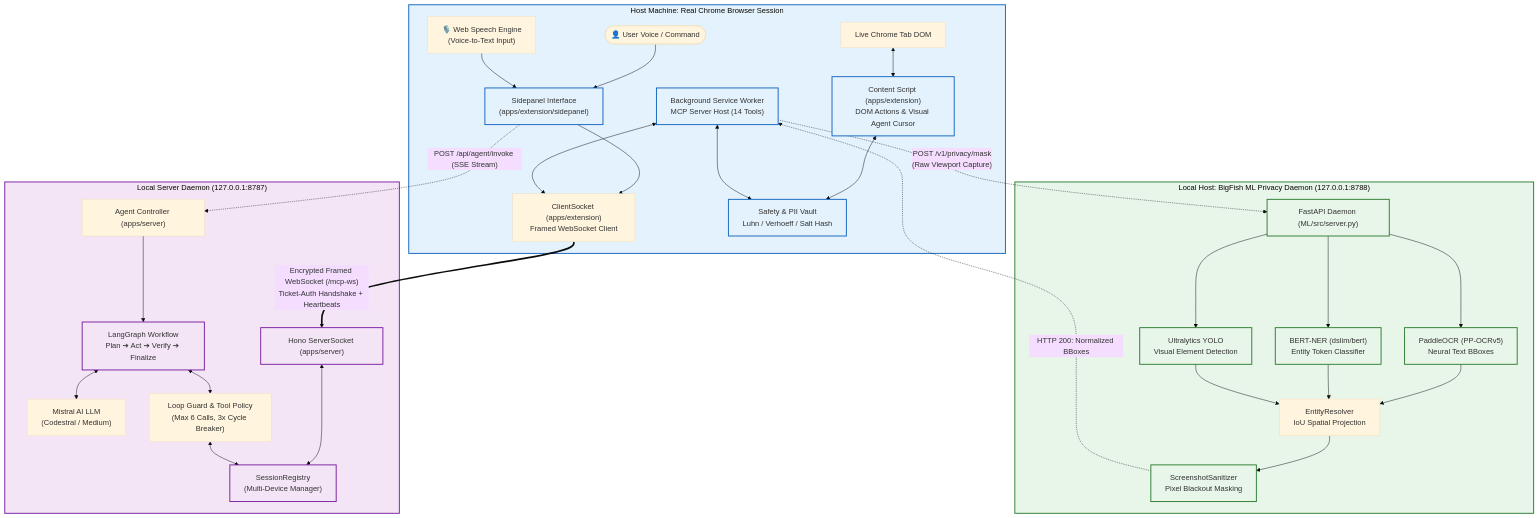
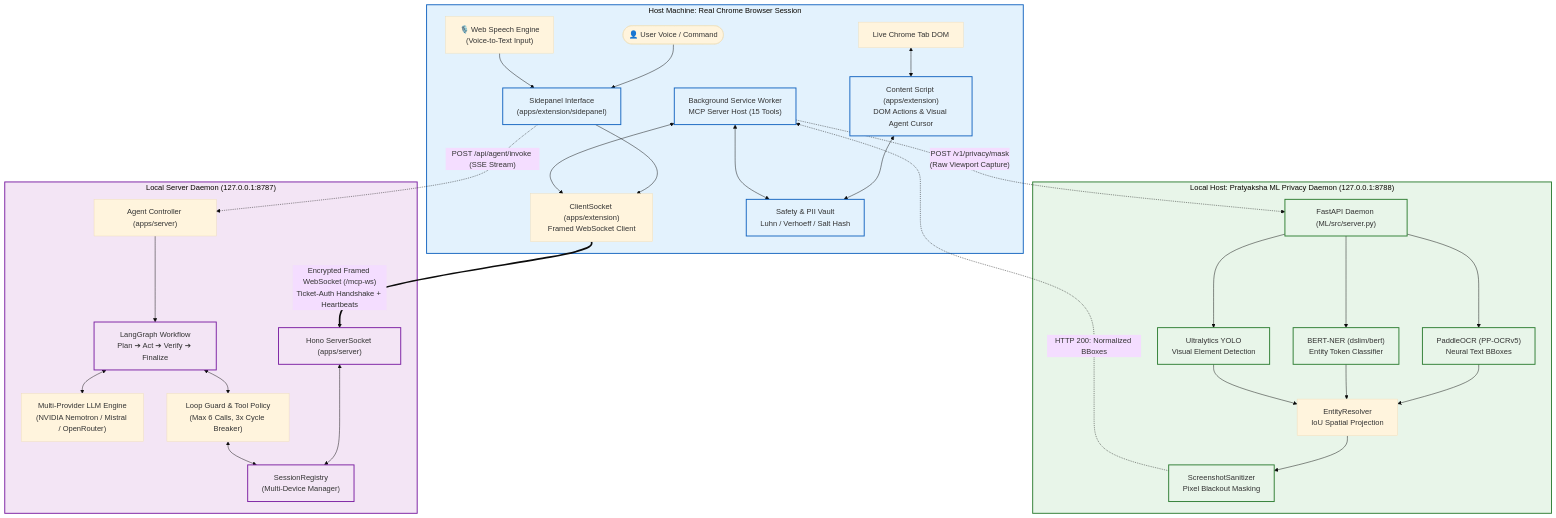
Before and after one commit to Sahil-coder-30/Pratyaksha: the diagram in README.md, drawn with Mermaid (base theme). The commit also changed other lines of this file, not shown here.

````diff
--- a/README.md
+++ b/README.md
@@ -132,43 +132,43 @@
 ```mermaid
 flowchart TD
     subgraph Client["Host Machine: Real Chrome Browser Session"]
         User(["👤 User Voice / Command"]) --> UI["Sidepanel Interface<br/>(apps/extension/sidepanel)"]
         Voice["🎙️ Web Speech Engine<br/>(Voice-to-Text Input)"] --> UI
         UI --> ClientWS["ClientSocket (apps/extension)<br/>Framed WebSocket Client"]
         
         DOM["Live Chrome Tab DOM"] <--> ContentScript["Content Script (apps/extension)<br/>DOM Actions & Visual Agent Cursor"]
         ContentScript <--> SafetyEngine["Safety & PII Vault<br/>Luhn / Verhoeff / Salt Hash"]
         
-        BackgroundWorker["Background Service Worker<br/>MCP Server Host (14 Tools)"] <--> SafetyEngine
+        BackgroundWorker["Background Service Worker<br/>MCP Server Host (15 Tools)"] <--> SafetyEngine
         BackgroundWorker <--> ClientWS
     end
 
-    subgraph ML_Daemon["Local Host: BigFish ML Privacy Daemon (127.0.0.1:8788)"]
+    subgraph ML_Daemon["Local Host: Pratyaksha ML Privacy Daemon (127.0.0.1:8788)"]
         BackgroundWorker -. "POST /v1/privacy/mask<br/>(Raw Viewport Capture)" .-> MLServer["FastAPI Daemon (ML/src/server.py)"]
         MLServer --> OCR["PaddleOCR (PP-OCRv5)<br/>Neural Text BBoxes"]
         MLServer --> NER["BERT-NER (dslim/bert)<br/>Entity Token Classifier"]
         MLServer --> YOLO["Ultralytics YOLO<br/>Visual Element Detection"]
         OCR & NER & YOLO --> Resolver["EntityResolver<br/>IoU Spatial Projection"]
         Resolver --> Sanitizer["ScreenshotSanitizer<br/>Pixel Blackout Masking"]
         Sanitizer -. "HTTP 200: Normalized BBoxes" .-> BackgroundWorker
     end
 
     subgraph Server["Local Server Daemon (127.0.0.1:8787)"]
         ClientWS == "Encrypted Framed WebSocket (/mcp-ws)<br/>Ticket-Auth Handshake + Heartbeats" ==> ServerWS["Hono ServerSocket (apps/server)"]
         ServerWS <--> Registry["SessionRegistry<br/>(Multi-Device Manager)"]
         
         UI -. "POST /api/agent/invoke (SSE Stream)" .-> AgentController["Agent Controller (apps/server)"]
         AgentController --> LangGraph["LangGraph Workflow<br/>Plan ➔ Act ➔ Verify ➔ Finalize"]
         
-        LangGraph <--> Mistral["Mistral AI LLM<br/>(Codestral / Medium)"]
+        LangGraph <--> MultiModel["Multi-Provider LLM Engine<br/>(NVIDIA Nemotron / Mistral / OpenRouter)"]
         LangGraph <--> ToolPolicy["Loop Guard & Tool Policy<br/>(Max 6 Calls, 3x Cycle Breaker)"]
         ToolPolicy <--> Registry
     end
 
     classDef client fill:#e3f2fd,stroke:#1565c0,stroke-width:2px;
     classDef server fill:#f3e5f5,stroke:#7b1fa2,stroke-width:2px;
     classDef ml fill:#e8f5e9,stroke:#2e7d32,stroke-width:2px;
     class Client,UI,ContentScript,BackgroundWorker,SafetyEngine client;
     class Server,ServerWS,LangGraph,Registry server;
     class ML_Daemon,MLServer,OCR,NER,YOLO,Sanitizer ml;
 ```
````
